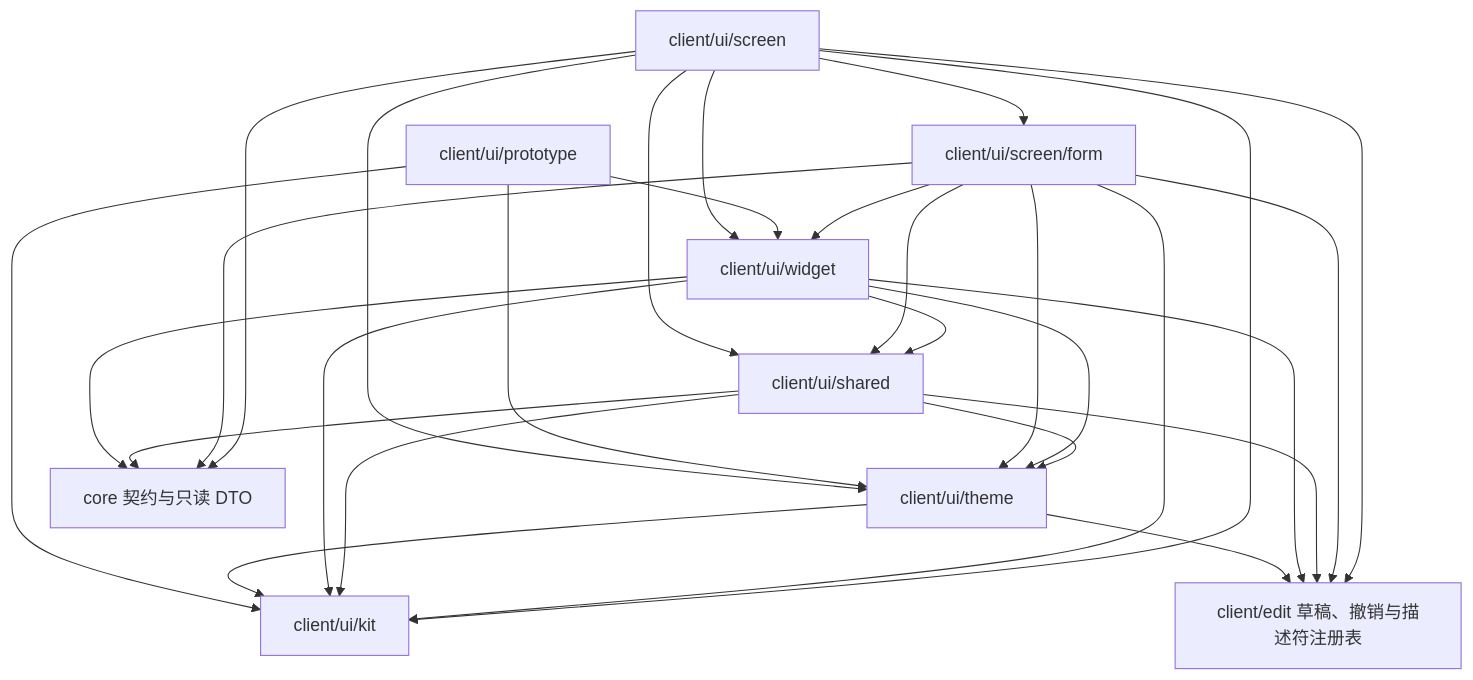
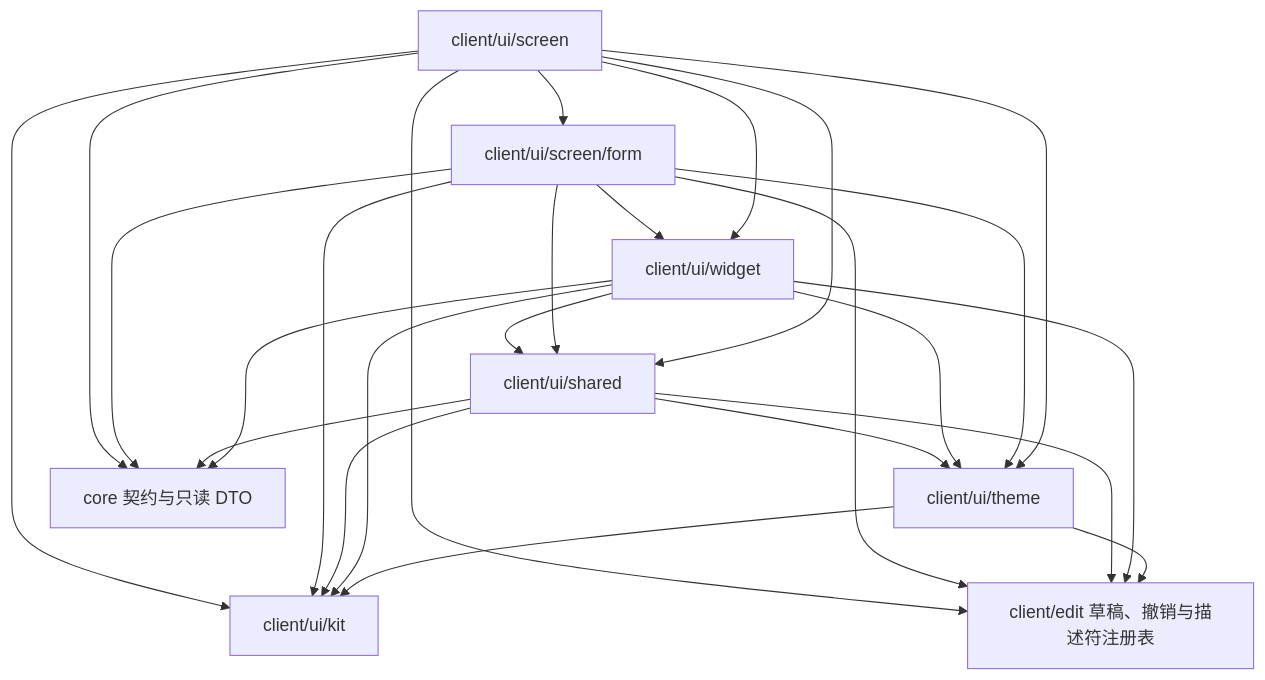
Before and after one commit to meteoritel/item-despawn-to-what: the first of 3 diagrams in docs/modules/client-ui.md, drawn with Mermaid. The commit also changed other lines of this file and 45 other files, not shown here.

````diff
--- a/docs/modules/client-ui.md
+++ b/docs/modules/client-ui.md
@@ -48,39 +47,35 @@
 ```mermaid
 flowchart TD
     SCREEN["client/ui/screen"]
     FORM["client/ui/screen/form"]
-    PROT["client/ui/prototype"]
     WIDGET["client/ui/widget"]
     SHARED["client/ui/shared"]
     THEME["client/ui/theme"]
     KIT["client/ui/kit"]
     EDIT["client/edit 草稿、撤销与描述符注册表"]
     CORE["core 契约与只读 DTO"]
     SCREEN --> FORM
     SCREEN --> WIDGET
     SCREEN --> SHARED
     SCREEN --> THEME
-    PROT --> WIDGET
-    PROT --> THEME
-    PROT --> KIT
     FORM --> WIDGET
     FORM --> SHARED
     FORM --> THEME
     WIDGET --> SHARED
     WIDGET --> THEME
     SHARED --> THEME
     THEME --> KIT
     WIDGET --> KIT
     SHARED --> KIT
     FORM --> KIT
     SCREEN --> KIT
     THEME --> EDIT
     WIDGET --> EDIT
     WIDGET --> CORE
     SHARED --> EDIT
     FORM --> EDIT
     SCREEN --> EDIT
     SHARED --> CORE
     FORM --> CORE
     SCREEN --> CORE
 ```
````
